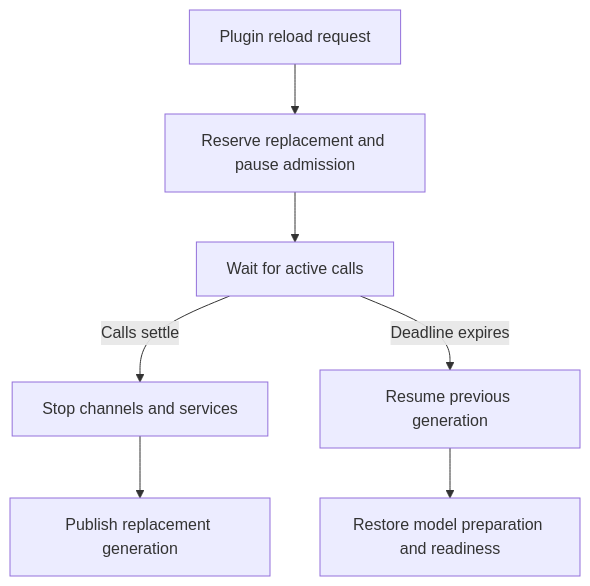
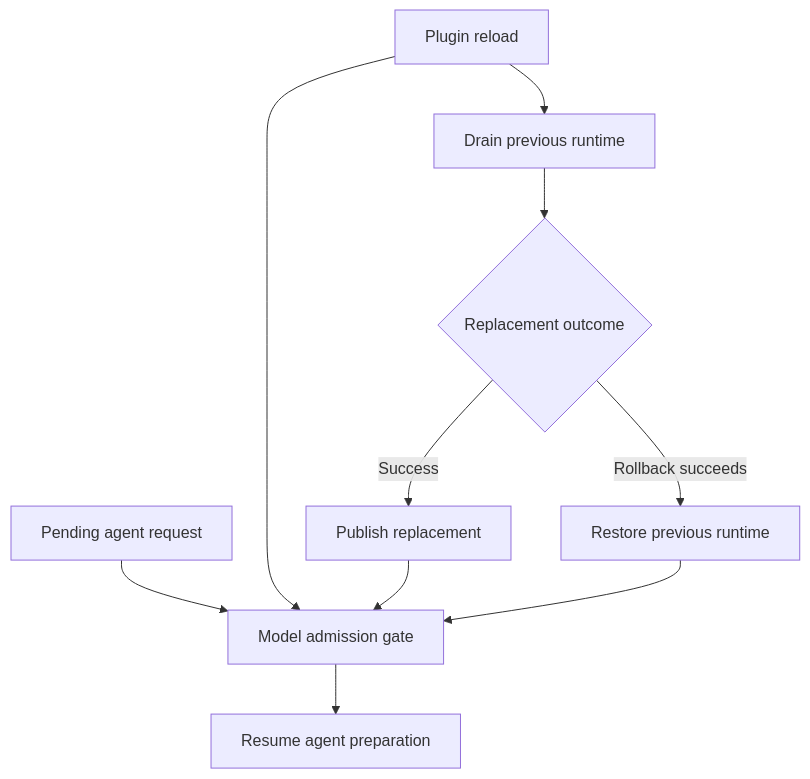
One commit to miguelbranco80/openclaw-bug-origins changed the diagram in fix-origins/clawsweeper/bundles/0208.full.md. Above: the diagram before and after it, drawn with Mermaid. The commit also changed other lines of this file and 6464 other files, not shown here.

````diff
--- a/fix-origins/clawsweeper/bundles/0208.full.md
+++ b/fix-origins/clawsweeper/bundles/0208.full.md
@@ -39,9 +39,12 @@
 ```mermaid
 flowchart TD
-  A[Plugin reload request] --> B[Reserve replacement and pause admission]
-  B --> C[Wait for active calls]
-  C -->|Calls settle| D[Stop channels and services]
-  D --> E[Publish replacement generation]
-  C -->|Deadline expires| F[Resume previous generation]
-  F --> G[Restore model preparation and readiness]
+  A[Pending agent request] --> B[Model admission gate]
+  C[Plugin reload] --> B
+  C --> D[Drain previous runtime]
+  D --> E{Replacement outcome}
+  E -->|Success| F[Publish replacement]
+  E -->|Rollback succeeds| G[Restore previous runtime]
+  F --> B
+  G --> B
+  B --> H[Resume agent preparation]
 ```
````
